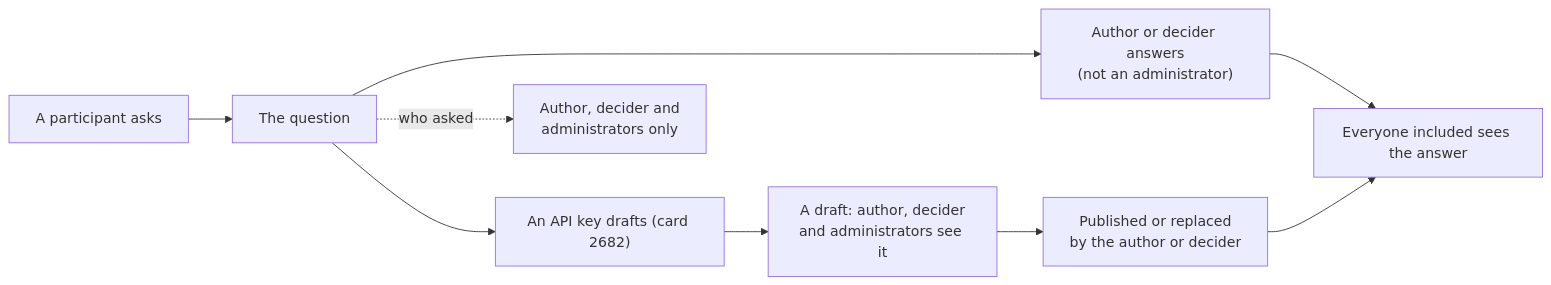
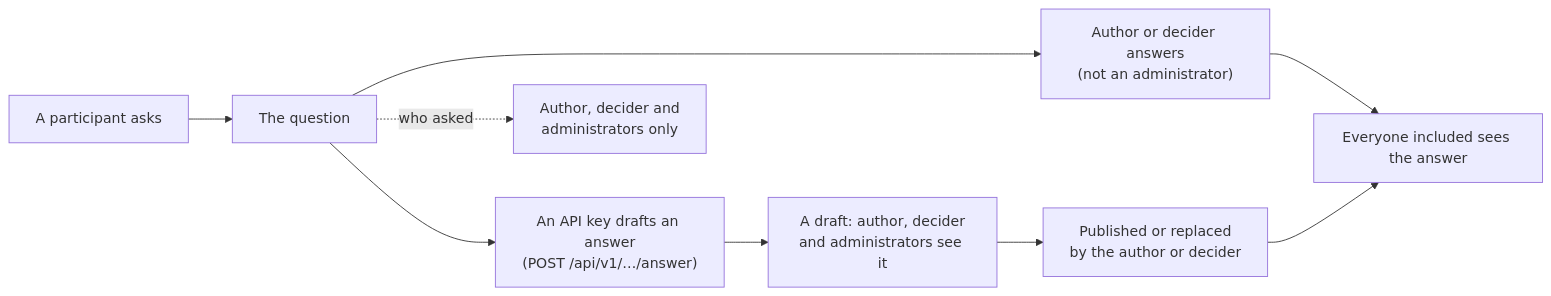
Before and after one commit to gitBoon/DumpFire: diagram 11 of 20 in docs/admin-guide.md, drawn with Mermaid. The commit also changed other lines of this file and 38 other files, not shown here.

````diff
--- a/docs/admin-guide.md
+++ b/docs/admin-guide.md
@@ -514,11 +514,11 @@
 ```mermaid
 flowchart LR
     P["A participant asks"] --> Q["The question"]
     Q --> A["Author or decider answers<br/>(not an administrator)"]
-    Q --> K["An API key drafts (card 2682)"]
+    Q --> K["An API key drafts an answer<br/>(POST /api/v1/…/answer)"]
     K --> D["A draft: author, decider<br/>and administrators see it"]
     D --> Pub["Published or replaced<br/>by the author or decider"]
     A --> All["Everyone included sees the answer"]
     Pub --> All
     Q -.->|"who asked"| Priv["Author, decider and<br/>administrators only"]
 ```
````
